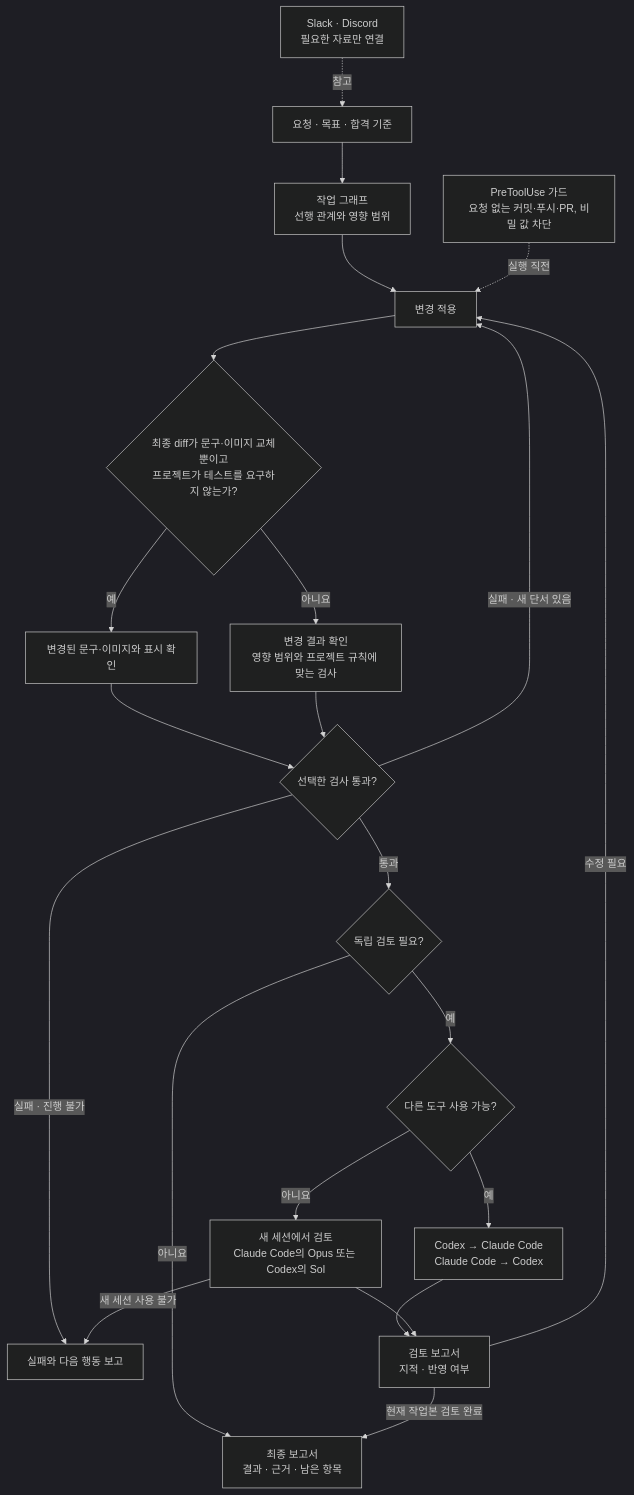
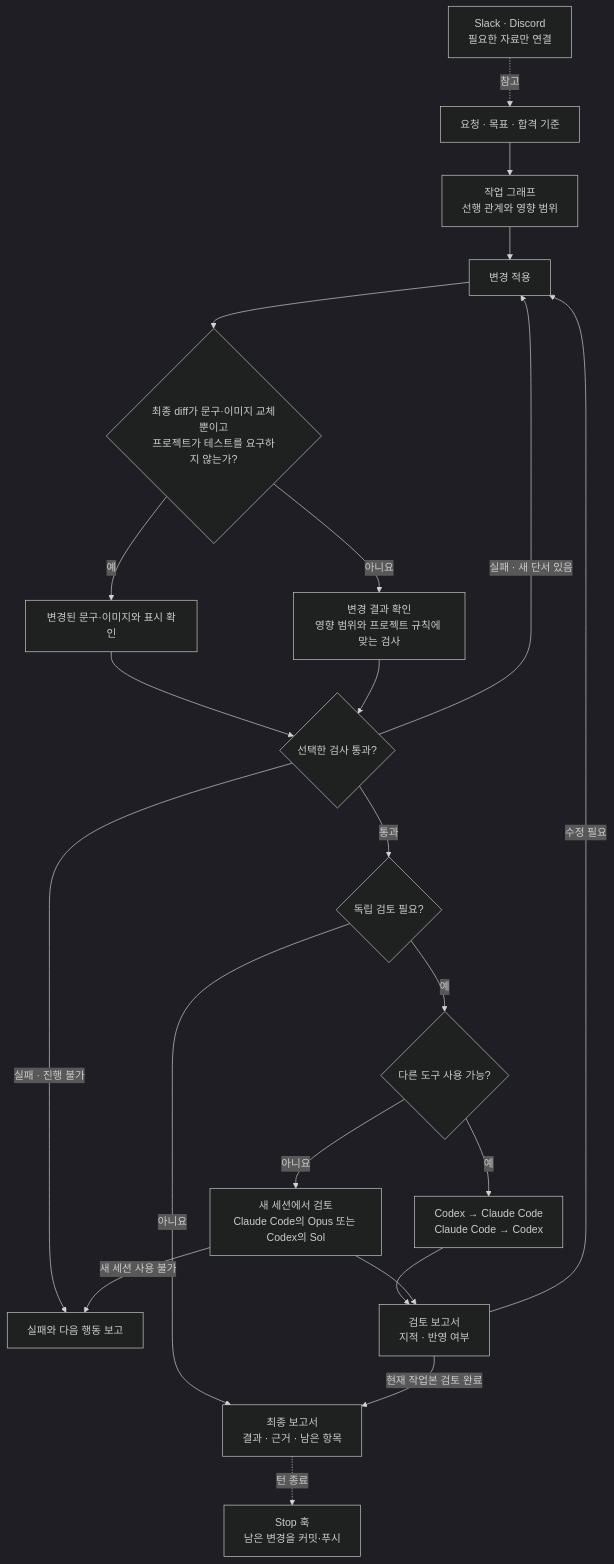
One commit to leejungmin91/engineering-workflow changed the diagram in docs/workflow-flow.md. Above: the diagram before and after it, drawn with Mermaid (dark theme). The commit also changed 21 other files, not shown here.

First line of the commit message:
Replace the Git guard with an auto commit-and-push Stop hook (0.6.0)

````diff
--- a/docs/workflow-flow.md
+++ b/docs/workflow-flow.md
@@ -5,24 +5,24 @@
 ```mermaid
 flowchart TD
     Start["요청 · 목표 · 합격 기준"] --> Graph["작업 그래프<br/>선행 관계와 영향 범위"]
     Graph --> Change["변경 적용"]
     Change --> Impact{"최종 diff가 문구·이미지 교체뿐이고<br/>프로젝트가 테스트를 요구하지 않는가?"}
     Impact -->|예| Content["변경된 문구·이미지와 표시 확인"]
     Impact -->|아니요| Required["변경 결과 확인<br/>영향 범위와 프로젝트 규칙에 맞는 검사"]
     Content --> Check{"선택한 검사 통과?"}
     Required --> Check
     Check -->|실패 · 새 단서 있음| Change
     Check -->|실패 · 진행 불가| Pending["실패와 다음 행동 보고"]
     Check -->|통과| Review{"독립 검토 필요?"}
     Review -->|아니요| Report["최종 보고서<br/>결과 · 근거 · 남은 항목"]
     Review -->|예| Tool{"다른 도구 사용 가능?"}
     Tool -->|예| Cross["Codex → Claude Code<br/>Claude Code → Codex"]
     Tool -->|아니요| Fallback["새 세션에서 검토<br/>Claude Code의 Opus 또는 Codex의 Sol"]
     Cross --> Findings["검토 보고서<br/>지적 · 반영 여부"]
     Fallback --> Findings
     Findings -->|수정 필요| Change
     Findings -->|현재 작업본 검토 완료| Report
     Fallback -->|새 세션 사용 불가| Pending
-    Hook["PreToolUse 가드<br/>요청 없는 커밋·푸시·PR, 비밀 값 차단"] -. 실행 직전 .-> Change
+    Report -. 턴 종료 .-> Hook["Stop 훅<br/>남은 변경을 커밋·푸시"]
     Context["Slack · Discord<br/>필요한 자료만 연결"] -. 참고 .-> Start
 ```
````
